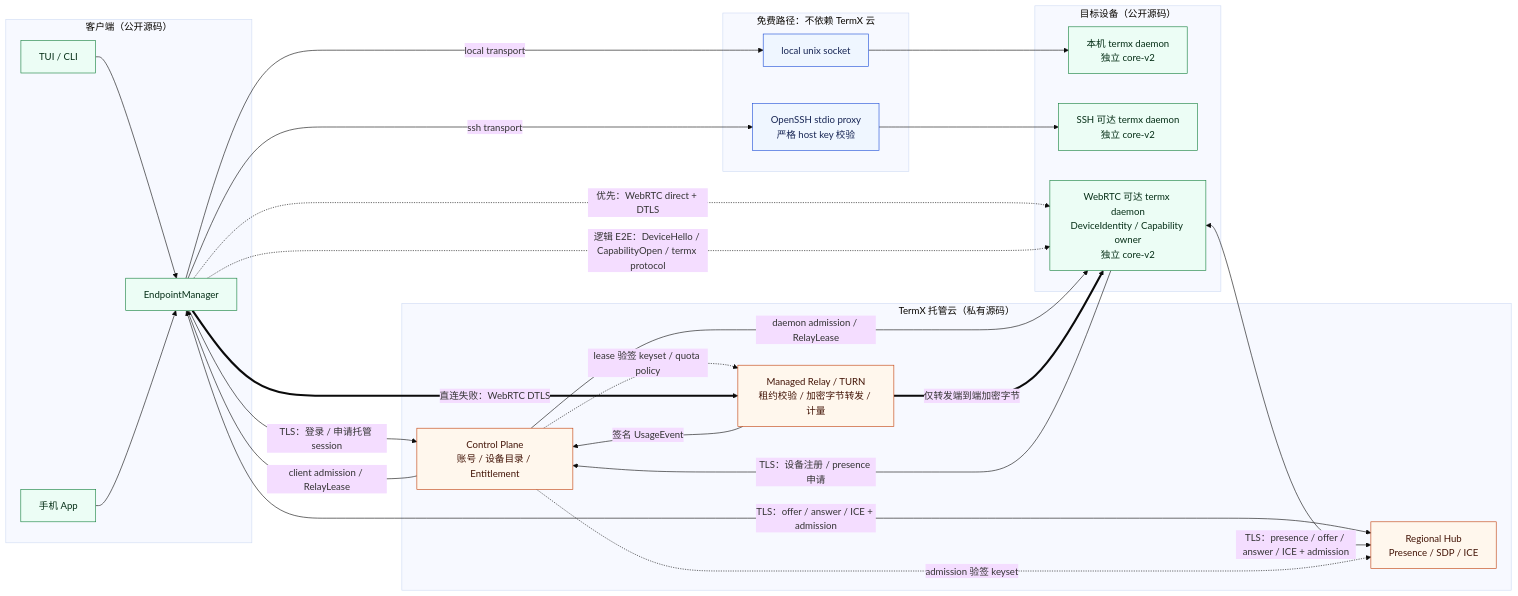
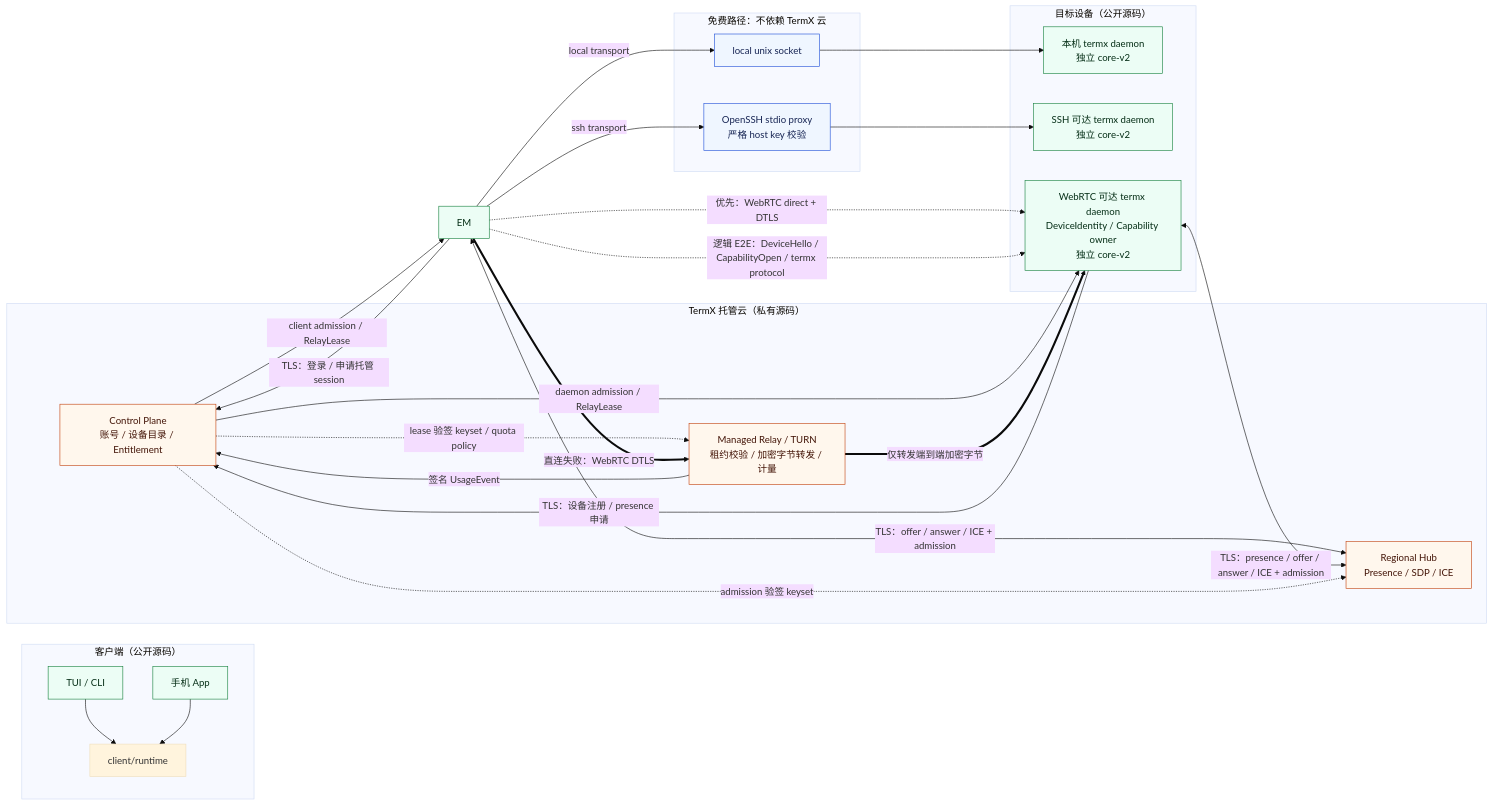
Before and after one commit to lozzo/termx: the first of 5 diagrams in docs/remote-platform/network-topology.md, drawn with Mermaid (base theme). The commit also changed 21 other files, not shown here.

````diff
--- a/docs/remote-platform/network-topology.md
+++ b/docs/remote-platform/network-topology.md
@@ -19,53 +19,53 @@
 ```mermaid
 flowchart LR
     subgraph Client["客户端（公开源码）"]
         TUI["TUI / CLI"]
         APP["手机 App"]
-        EM["EndpointManager"]
-        TUI --> EM
-        APP --> EM
+        CR["client/runtime"]
+        TUI --> CR
+        APP --> CR
     end
 
     subgraph FreePaths["免费路径：不依赖 TermX 云"]
         LOCAL["local unix socket"]
         SSH["OpenSSH stdio proxy<br/>严格 host key 校验"]
     end
 
     subgraph ManagedCloud["TermX 托管云（私有源码）"]
         CP["Control Plane<br/>账号 / 设备目录 / Entitlement"]
         HUB["Regional Hub<br/>Presence / SDP / ICE"]
         RELAY["Managed Relay / TURN<br/>租约校验 / 加密字节转发 / 计量"]
     end
 
     subgraph Daemons["目标设备（公开源码）"]
         D1["本机 termx daemon<br/>独立 core-v2"]
         D2["SSH 可达 termx daemon<br/>独立 core-v2"]
         D3["WebRTC 可达 termx daemon<br/>DeviceIdentity / Capability owner<br/>独立 core-v2"]
     end
 
     EM -->|"local transport"| LOCAL --> D1
     EM -->|"ssh transport"| SSH --> D2
 
     EM -->|"TLS：登录 / 申请托管 session"| CP
     D3 -->|"TLS：设备注册 / presence 申请"| CP
     CP -->|"client admission / RelayLease"| EM
     CP -->|"daemon admission / RelayLease"| D3
     EM <-->|"TLS：offer / answer / ICE + admission"| HUB
     D3 <-->|"TLS：presence / offer / answer / ICE + admission"| HUB
     CP -.->|"admission 验签 keyset"| HUB
     CP -.->|"lease 验签 keyset / quota policy"| RELAY
 
     EM -.->|"优先：WebRTC direct + DTLS"| D3
     EM ==>|"直连失败：WebRTC DTLS"| RELAY
     RELAY ==>|"仅转发端到端加密字节"| D3
     RELAY -->|"签名 UsageEvent"| CP
 
     EM -.->|"逻辑 E2E：DeviceHello / CapabilityOpen / termx protocol"| D3
 
     classDef openNode fill:#ecfdf5,stroke:#15803d,color:#052e16;
     classDef privateNode fill:#fff7ed,stroke:#c2410c,color:#431407;
     classDef pathNode fill:#eff6ff,stroke:#1d4ed8,color:#172554;
     class TUI,APP,EM,D1,D2,D3 openNode;
     class CP,HUB,RELAY privateNode;
     class LOCAL,SSH pathNode;
 ```
````
